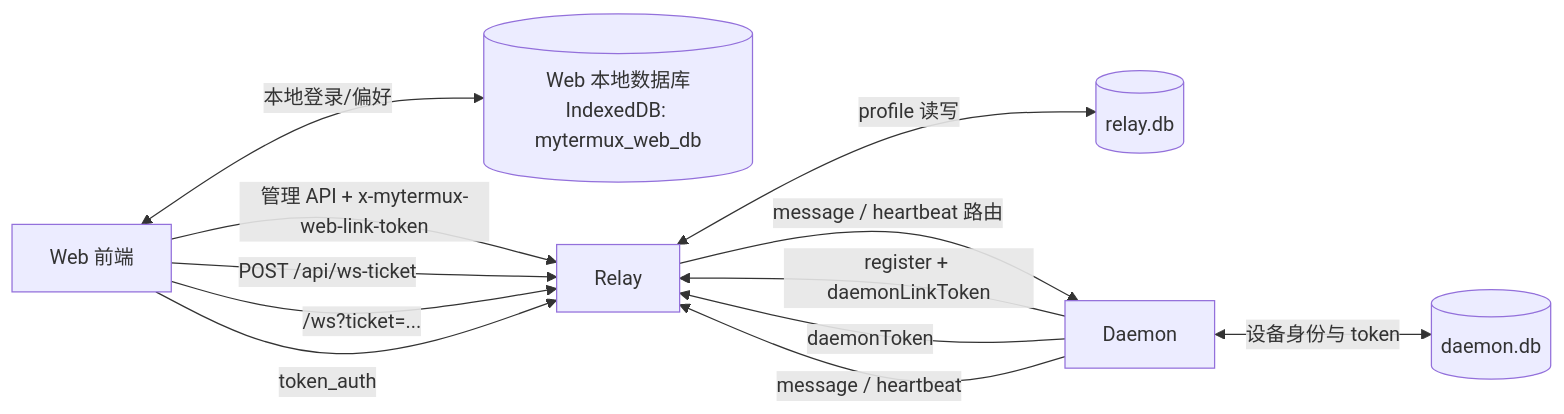
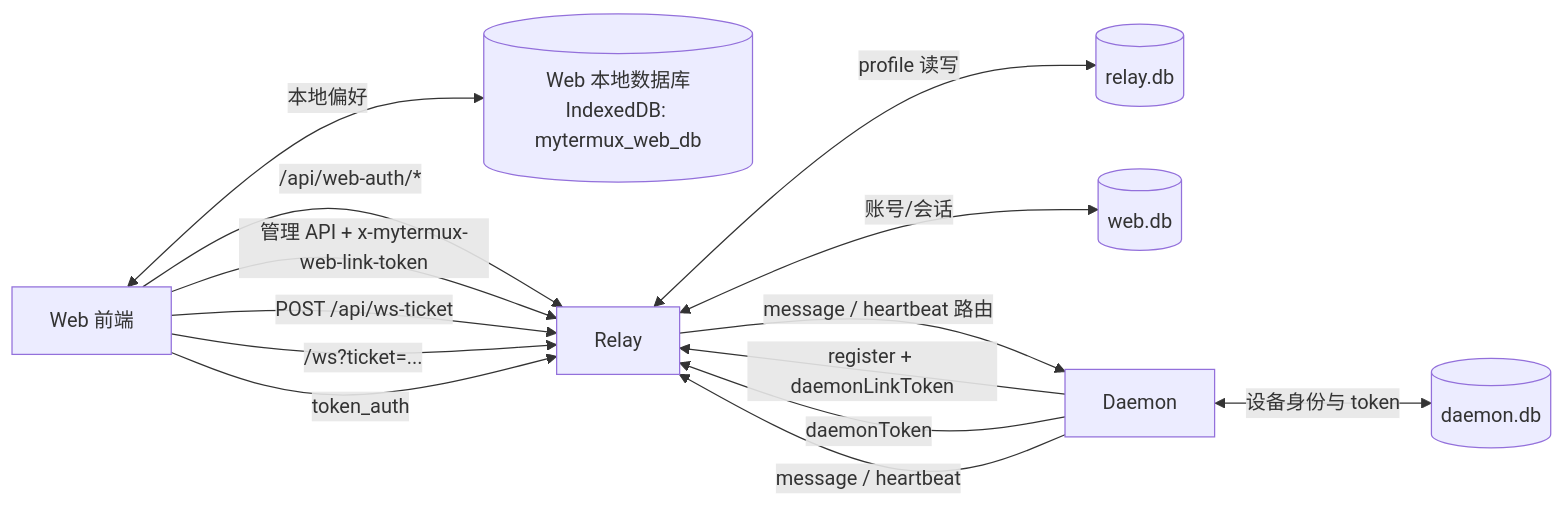
The first of 3 diagrams in docs/SERVICE_PROTOCOL_FLOW.md (ShakaRover/MyTermux), drawn with Mermaid before and after one commit. The commit also changed other lines of this file and 13 other files, not shown here.

````diff
--- a/docs/SERVICE_PROTOCOL_FLOW.md
+++ b/docs/SERVICE_PROTOCOL_FLOW.md
@@ -9,22 +9,25 @@
 ```mermaid
 flowchart LR
   W[Web 前端]
   WB[(Web 本地数据库<br/>IndexedDB: mytermux_web_db)]
   R[Relay]
   RB[(relay.db)]
+  WA[(web.db)]
   D[Daemon]
   DB[(daemon.db)]
 
-  W <-->|本地登录/偏好| WB
+  W <-->|本地偏好| WB
+  W -->|/api/web-auth/*| R
+  R <-->|账号/会话| WA
   W -->|管理 API + x-mytermux-web-link-token| R
   R <-->|profile 读写| RB
   D -->|register + daemonLinkToken| R
   D -->|daemonToken| R
   D <-->|设备身份与 token| DB
 
   W -->|POST /api/ws-ticket| R
   W -->|/ws?ticket=...| R
   W -->|token_auth| R
   R -->|message / heartbeat 路由| D
   D -->|message / heartbeat| R
 ```
````
